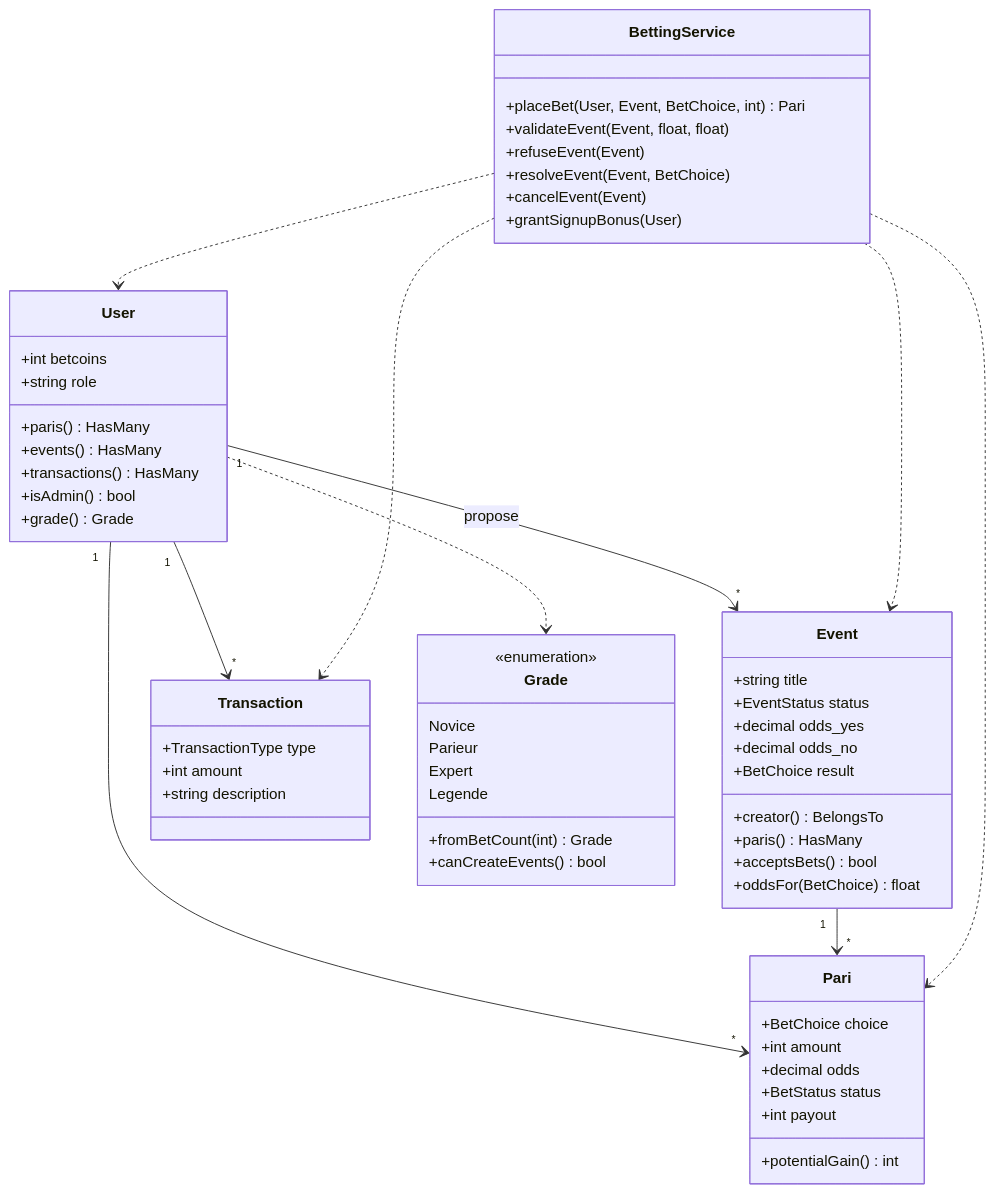
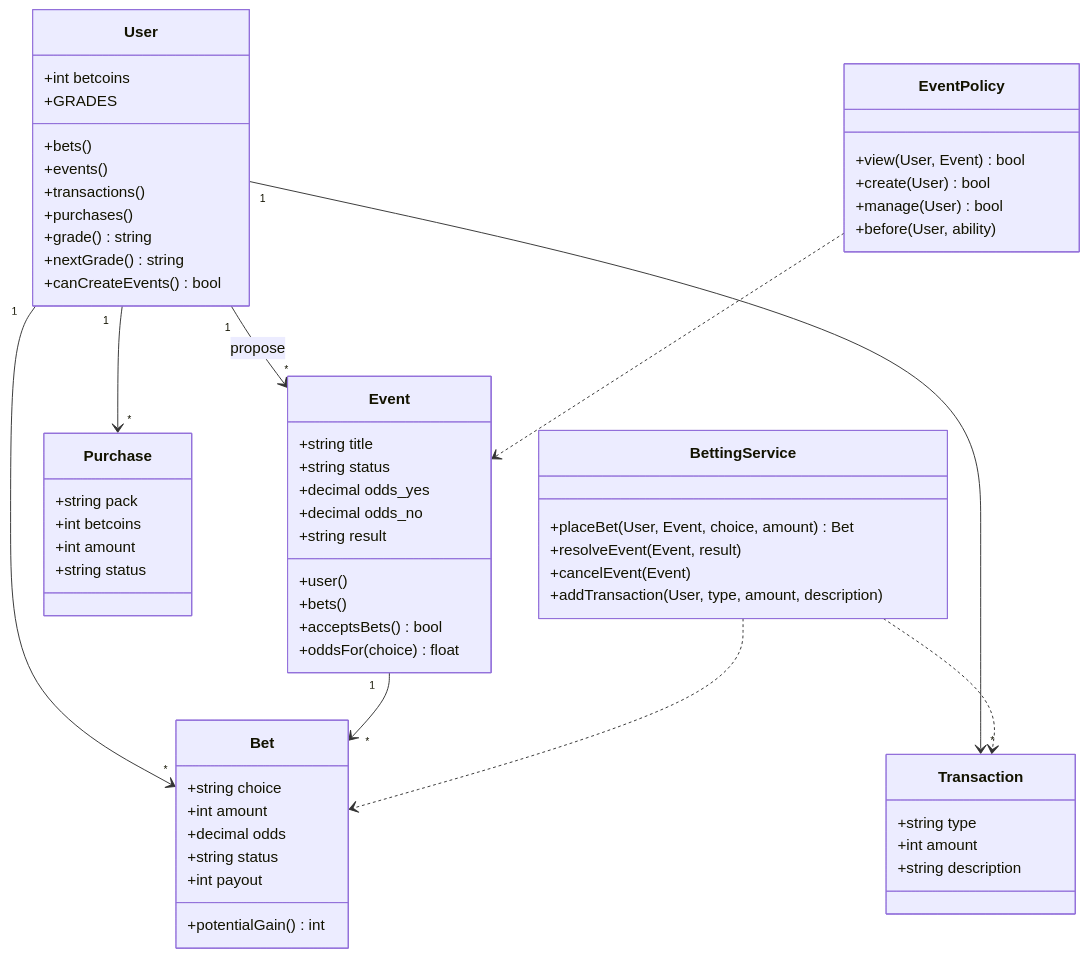
The third of 6 diagrams in docs/CONCEPTION.md (Nathadriel/Projet_fil_rouge), drawn with Mermaid before and after one commit. The commit also changed other lines of this file and 107 other files, not shown here.

````diff
--- a/docs/CONCEPTION.md
+++ b/docs/CONCEPTION.md
@@ -105,63 +120,65 @@
 ```mermaid
 classDiagram
     class User {
         +int betcoins
-        +string role
-        +paris() HasMany
-        +events() HasMany
-        +transactions() HasMany
-        +isAdmin() bool
-        +grade() Grade
+        +GRADES
+        +bets()
+        +events()
+        +transactions()
+        +purchases()
+        +grade() string
+        +nextGrade() string
+        +canCreateEvents() bool
     }
     class Event {
         +string title
-        +EventStatus status
+        +string status
         +decimal odds_yes
         +decimal odds_no
-        +BetChoice result
-        +creator() BelongsTo
-        +paris() HasMany
+        +string result
+        +user()
+        +bets()
         +acceptsBets() bool
-        +oddsFor(BetChoice) float
+        +oddsFor(choice) float
     }
-    class Pari {
-        +BetChoice choice
+    class Bet {
+        +string choice
         +int amount
         +decimal odds
-        +BetStatus status
+        +string status
         +int payout
         +potentialGain() int
     }
     class Transaction {
-        +TransactionType type
+        +string type
         +int amount
         +string description
     }
+    class Purchase {
+        +string pack
+        +int betcoins
+        +int amount
+        +string status
+    }
     class BettingService {
-        +placeBet(User, Event, BetChoice, int) Pari
-        +validateEvent(Event, float, float)
-        +refuseEvent(Event)
-        +resolveEvent(Event, BetChoice)
+        +placeBet(User, Event, choice, amount) Bet
+        +resolveEvent(Event, result)
         +cancelEvent(Event)
-        +grantSignupBonus(User)
+        +addTransaction(User, type, amount, description)
     }
-    class Grade {
-        <<enumeration>>
-        Novice
-        Parieur
-        Expert
-        Legende
-        +fromBetCount(int) Grade
-        +canCreateEvents() bool
+    class EventPolicy {
+        +view(User, Event) bool
+        +create(User) bool
+        +manage(User) bool
+        +before(User, ability)
     }
 
-    User "1" --> "*" Pari
+    User "1" --> "*" Bet
     User "1" --> "*" Event : propose
     User "1" --> "*" Transaction
-    Event "1" --> "*" Pari
-    BettingService ..> User
-    BettingService ..> Event
-    BettingService ..> Pari
+    User "1" --> "*" Purchase
+    Event "1" --> "*" Bet
+    BettingService ..> Bet
     BettingService ..> Transaction
-    User ..> Grade
+    EventPolicy ..> Event
 ```
````
